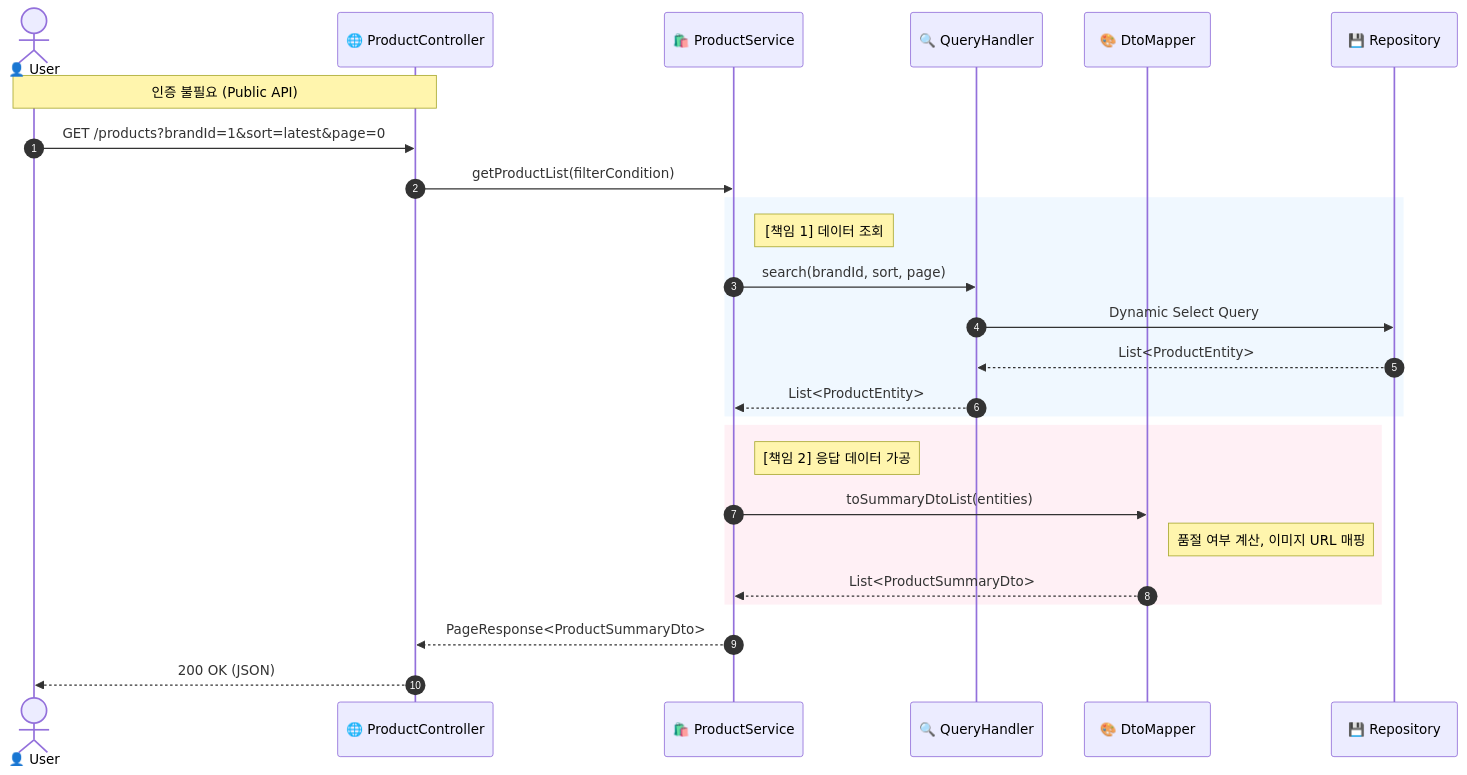
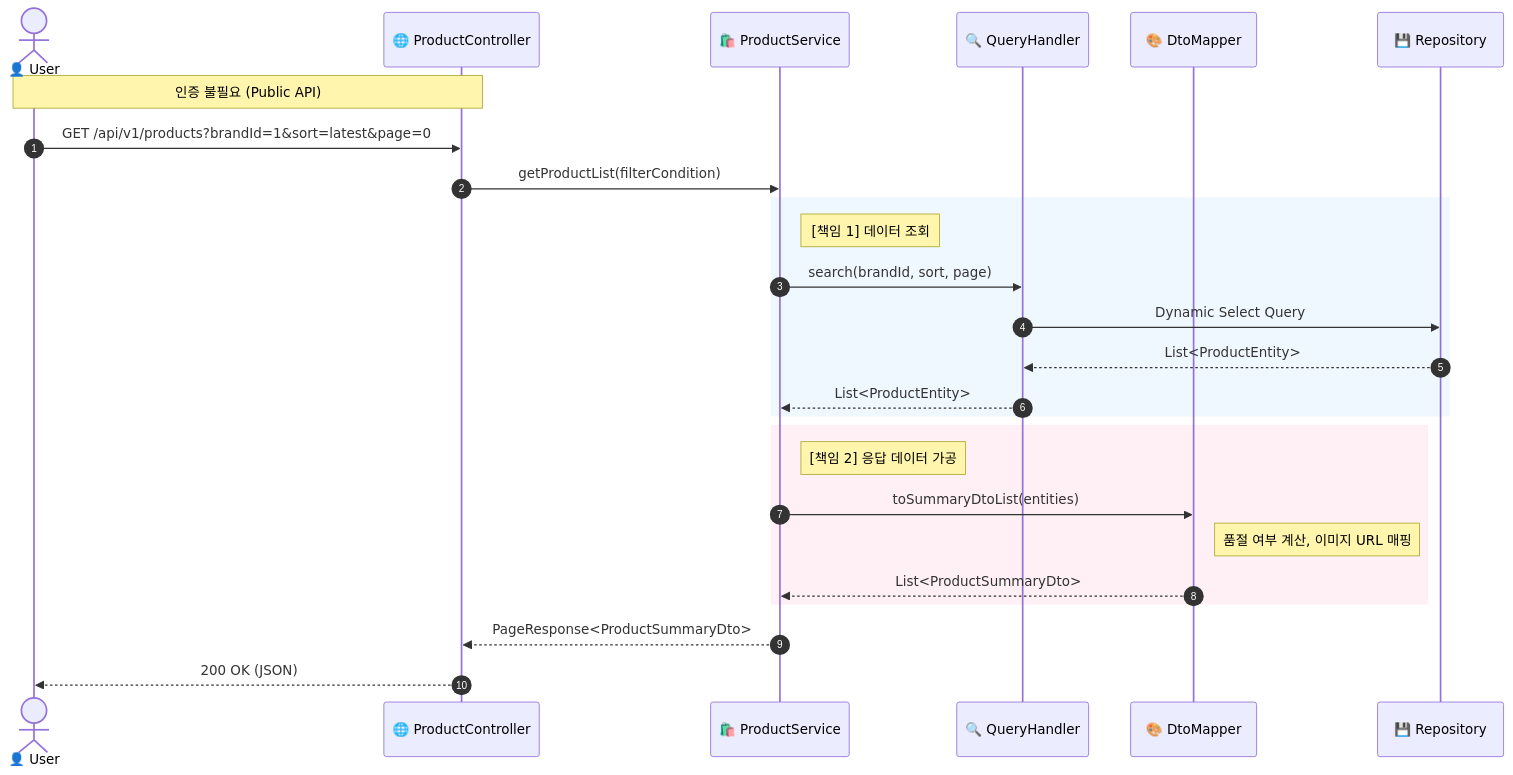
The fourth of 10 diagrams in .docs/design/02-sequence-diagrams.md (ukukdin/loop-pack-be-l2-vol3-java), drawn with Mermaid before and after one commit. The commit also changed other lines of this file and 1 other file, not shown here.

Commit message:
refactor : 시퀀스 수정 및 erd 추가

````diff
--- a/.docs/design/02-sequence-diagrams.md
+++ b/.docs/design/02-sequence-diagrams.md
@@ -220,33 +221,33 @@
 ```mermaid
 sequenceDiagram
     autonumber
     actor User as 👤 User
     participant API as 🌐 ProductController
     participant Service as 🛍️ ProductService
     participant Query as 🔍 QueryHandler
     participant Mapper as 🎨 DtoMapper
     participant DB as 💾 Repository
 
     Note over User, API: 인증 불필요 (Public API)
 
-    User->>API: GET /products?brandId=1&sort=latest&page=0
+    User->>API: GET /api/v1/products?brandId=1&sort=latest&page=0
     API->>Service: getProductList(filterCondition)
 
     rect rgb(240, 248, 255)
         Note right of Service: [책임 1] 데이터 조회
         Service->>Query: search(brandId, sort, page)
         Query->>DB: Dynamic Select Query
         DB-->>Query: List<ProductEntity>
         Query-->>Service: List<ProductEntity>
     end
 
     rect rgb(255, 240, 245)
         Note right of Service: [책임 2] 응답 데이터 가공
         Service->>Mapper: toSummaryDtoList(entities)
         Note right of Mapper: 품절 여부 계산, 이미지 URL 매핑
         Mapper-->>Service: List<ProductSummaryDto>
     end
 
     Service-->>API: PageResponse<ProductSummaryDto>
     API-->>User: 200 OK (JSON)
 ```
````
